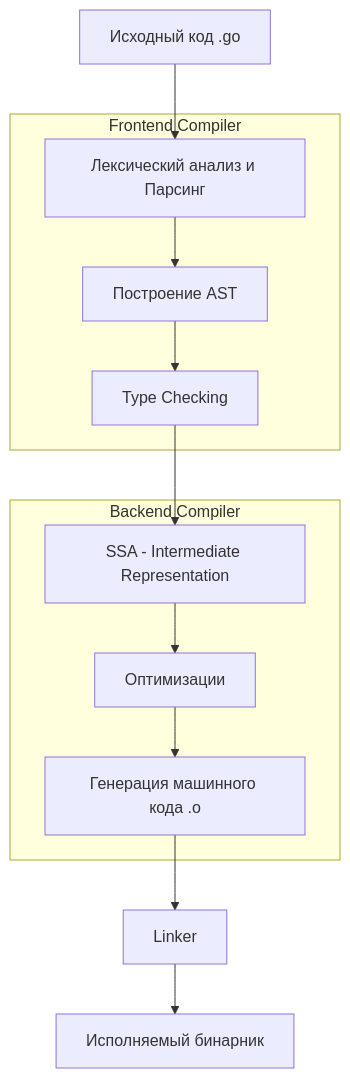
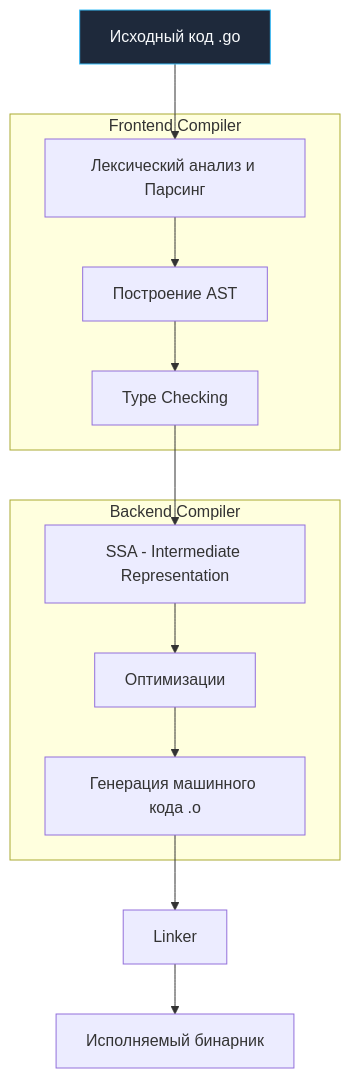
One commit to UnrealTemplier/go-textbook changed the diagram in sources/8. Инфраструктура языка, Тулинг и CI_CD/2. go toolchain. Общая архитектура инструментов.md. Above: the diagram before and after it, drawn with Mermaid. The commit also changed 1666 other files, not shown here.

First line of the commit message:
feat(mermaid): add semantic color classDef to 1369 colorless flowchart/graph diagrams

````diff
--- a/sources/8. Инфраструктура языка, Тулинг и CI_CD/2. go toolchain. Общая архитектура инструментов.md
+++ b/sources/8. Инфраструктура языка, Тулинг и CI_CD/2. go toolchain. Общая архитектура инструментов.md
@@ -30,23 +30,33 @@
 ```mermaid
 flowchart TD
-    A["Исходный код .go"] --> B["Лексический анализ и Парсинг"]
+    classDef process  fill:#1e293b,stroke:#38bdf8,stroke-width:1px,color:#f8fafc
+    classDef success  fill:#064e3b,stroke:#34d399,stroke-width:1px,color:#f8fafc
+    classDef error    fill:#7f1d1d,stroke:#f87171,stroke-width:1px,color:#f8fafc
+    classDef warning  fill:#78350f,stroke:#fbbf24,stroke-width:1px,color:#f8fafc
+    classDef entry    fill:#1e3a5f,stroke:#38bdf8,stroke-width:2px,color:#f8fafc
+    classDef aux      fill:#334155,stroke:#64748b,stroke-width:1px,color:#f8fafc
+    classDef system   fill:#312e81,stroke:#a78bfa,stroke-width:1px,color:#f8fafc
+    classDef data     fill:#132d29,stroke:#2dd4bf,stroke-width:1px,color:#f8fafc
+    classDef network  fill:#881337,stroke:#fb7185,stroke-width:1px,color:#f8fafc
+    classDef accent   fill:#1e1b4b,stroke:#818cf8,stroke-width:1px,color:#f8fafc
+    A["Исходный код .go"]:::process --> B["Лексический анализ и Парсинг"]
     B --> C["Построение AST"]
     C --> D["Type Checking"]
     D --> E["SSA - Intermediate Representation"]
     E --> F["Оптимизации"]
     F --> G["Генерация машинного кода .o"]
     G --> H["Linker"]
     H --> I["Исполняемый бинарник"]
     
     subgraph Frontend ["Frontend Compiler"]
         B
         C
         D
     end
     
     subgraph Backend ["Backend Compiler"]
         E
         F
         G
     end
 ```
````
